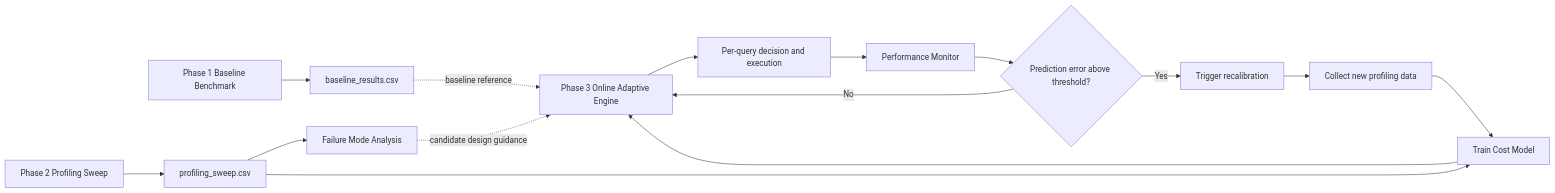
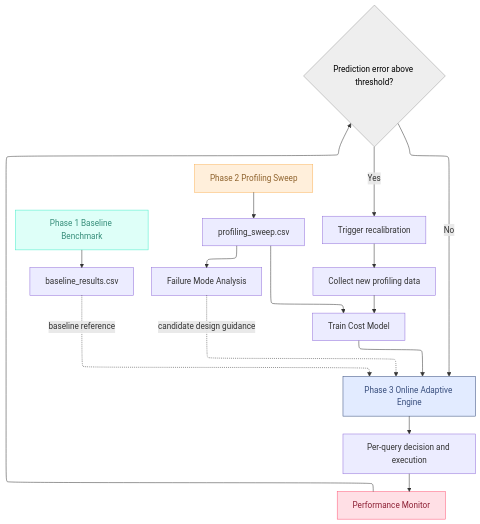
Before and after one commit to TianyangRen/ADT-Project: the third of 3 diagrams in README.md, drawn with Mermaid. The commit also changed other lines of this file, not shown here.

Commit message:
feat: update diagrams for adaptive execution and strategy selection

````diff
--- a/README.md
+++ b/README.md
@@ -205,21 +343,31 @@
 ```mermaid
-flowchart LR
-    P1[Phase 1 Baseline Benchmark] --> B1[baseline_results.csv]
-    P2[Phase 2 Profiling Sweep] --> B2[profiling_sweep.csv]
-
-    B2 --> F1[Failure Mode Analysis]
-    B2 --> T1[Train Cost Model]
-
-    T1 --> O1[Phase 3 Online Adaptive Engine]
-    O1 --> D1[Per-query decision and execution]
-    D1 --> M1[Performance Monitor]
-
-    M1 --> C1{Prediction error above threshold?}
+---
+config:
+  layout: elk
+---
+flowchart TB
+    P1["Phase 1 Baseline Benchmark"] --> B1["baseline_results.csv"]
+    P2["Phase 2 Profiling Sweep"] --> B2["profiling_sweep.csv"]
+    B2 --> F1["Failure Mode Analysis"] & T1["Train Cost Model"]
+    T1 --> O1["Phase 3 Online Adaptive Engine"]
+    O1 --> D1["Per-query decision and execution"]
+    D1 --> M1["Performance Monitor"]
+    M1 --> C1{"Prediction error above threshold?"}
     C1 -- No --> O1
-    C1 -- Yes --> R1[Trigger recalibration]
-    R1 --> N1[Collect new profiling data]
+    C1 -- Yes --> R1["Trigger recalibration"]
+    R1 --> N1["Collect new profiling data"]
     N1 --> T1
-
     B1 -. baseline reference .-> O1
     F1 -. candidate design guidance .-> O1
+
+     P1:::Aqua
+     P2:::Peach
+     O1:::Sky
+     M1:::Rose
+     C1:::Ash
+    classDef Aqua stroke-width:1px, stroke-dasharray:none, stroke:#46EDC8, fill:#DEFFF8, color:#378E7A
+    classDef Peach stroke-width:1px, stroke-dasharray:none, stroke:#FBB35A, fill:#FFEFDB, color:#8F632D
+    classDef Sky stroke-width:1px, stroke-dasharray:none, stroke:#374D7C, fill:#E2EBFF, color:#374D7C
+    classDef Rose stroke-width:1px, stroke-dasharray:none, stroke:#FF5978, fill:#FFDFE5, color:#8E2236
+    classDef Ash stroke-width:1px, stroke-dasharray:none, stroke:#999999, fill:#EEEEEE, color:#000000
 ```
````
